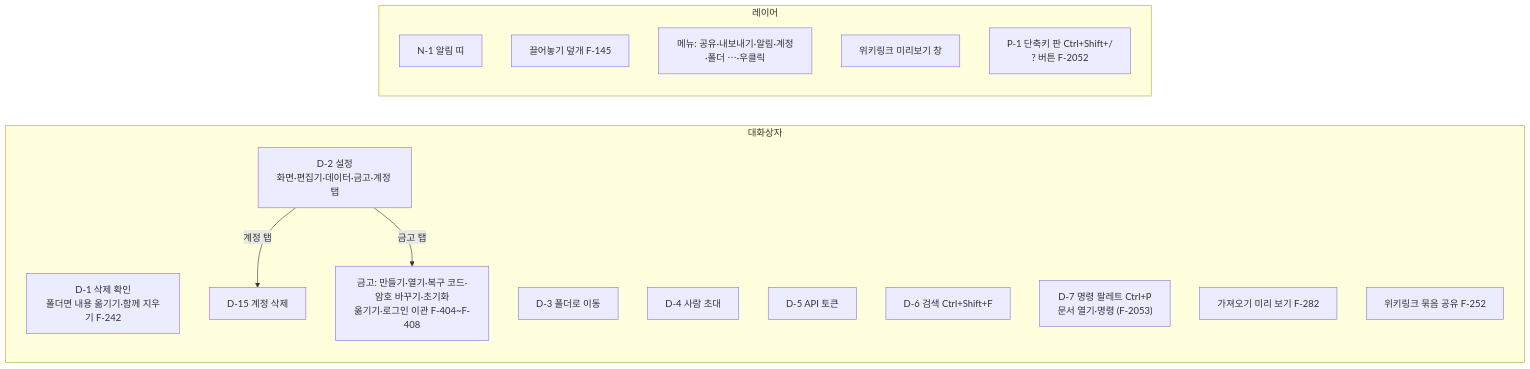
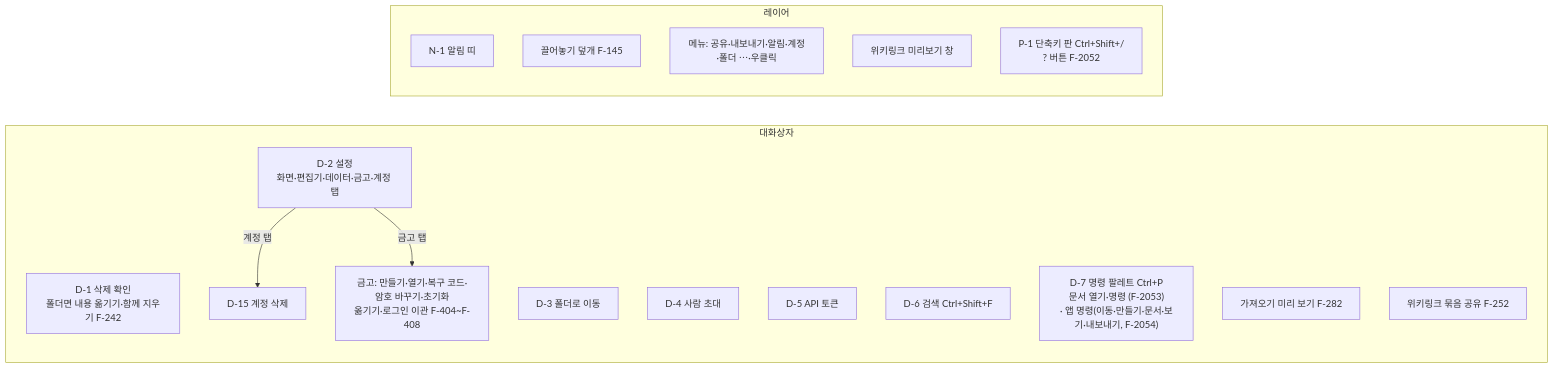
Before and after one commit to R00neyj/rawdoc: the fourth of 5 diagrams in specs/map.md, drawn with Mermaid. The commit also changed other lines of this file and 9 other files, not shown here.

````diff
--- a/specs/map.md
+++ b/specs/map.md
@@ -109,25 +112,25 @@
 ```mermaid
 flowchart LR
   subgraph dlg["대화상자"]
     D1["D-1 삭제 확인<br/>폴더면 내용 옮기기·함께 지우기 F-242"]
     D2["D-2 설정<br/>화면·편집기·데이터·금고·계정 탭"]
     D3["D-3 폴더로 이동"]
     D4["D-4 사람 초대"]
     D5["D-5 API 토큰"]
     D6["D-6 검색 Ctrl+Shift+F"]
-    D7["D-7 명령 팔레트 Ctrl+P<br/>문서 열기·명령 (F-2053)"]
+    D7["D-7 명령 팔레트 Ctrl+P<br/>문서 열기·명령 (F-2053)<br/>· 앱 명령(이동·만들기·문서·보기·내보내기, F-2054)"]
     D15["D-15 계정 삭제"]
     imp["가져오기 미리 보기 F-282"]
     set["위키링크 묶음 공유 F-252"]
     vault["금고: 만들기·열기·복구 코드·암호 바꾸기·초기화<br/>옮기기·로그인 이관 F-404~F-408"]
   end
   subgraph layer["레이어"]
     N1["N-1 알림 띠"]
     drop["끌어놓기 덮개 F-145"]
     menus["메뉴: 공유·내보내기·알림·계정·폴더 ⋯·우클릭"]
     preview["위키링크 미리보기 창"]
     P1["P-1 단축키 판 Ctrl+Shift+/<br/>? 버튼 F-2052"]
   end
   D2 -- "계정 탭" --> D15
   D2 -- "금고 탭" --> vault
 ```
````
